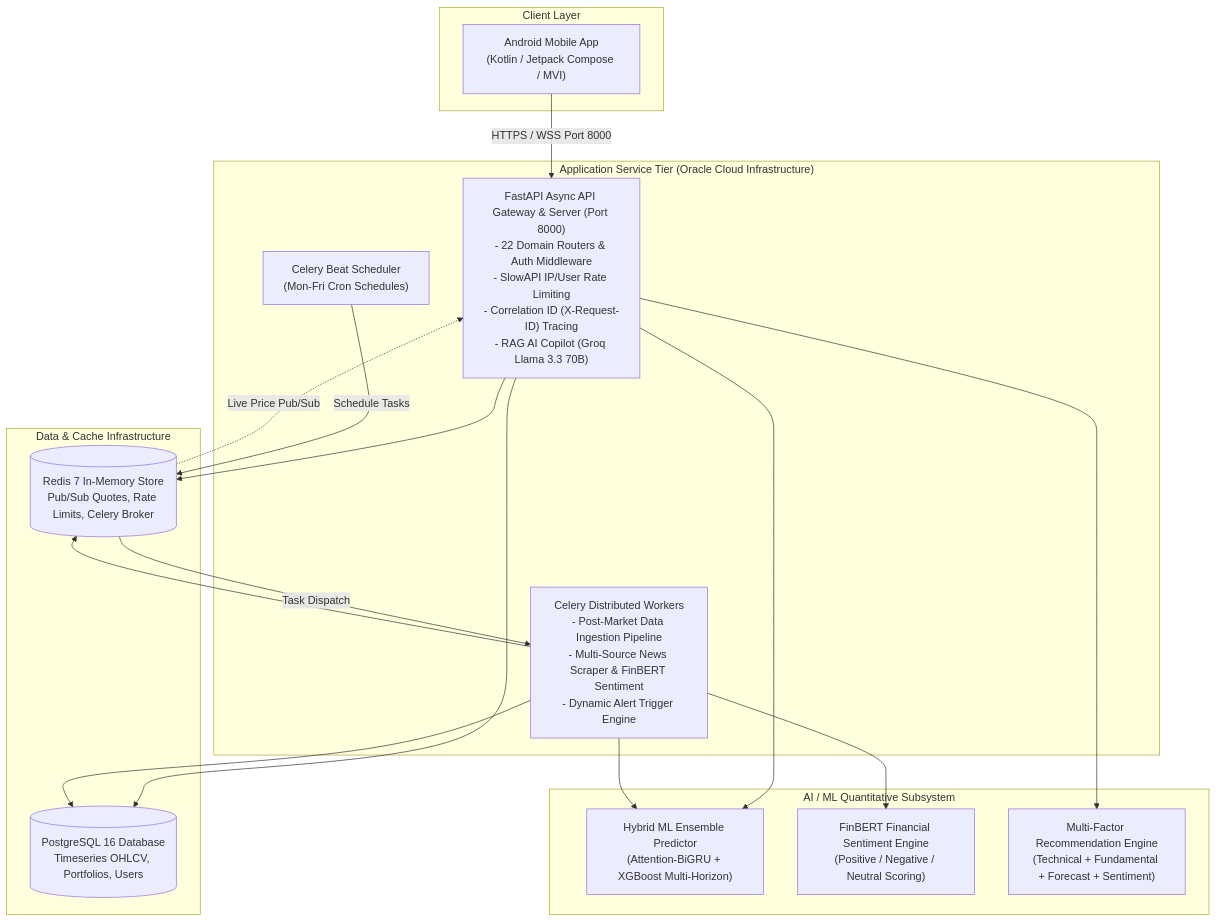
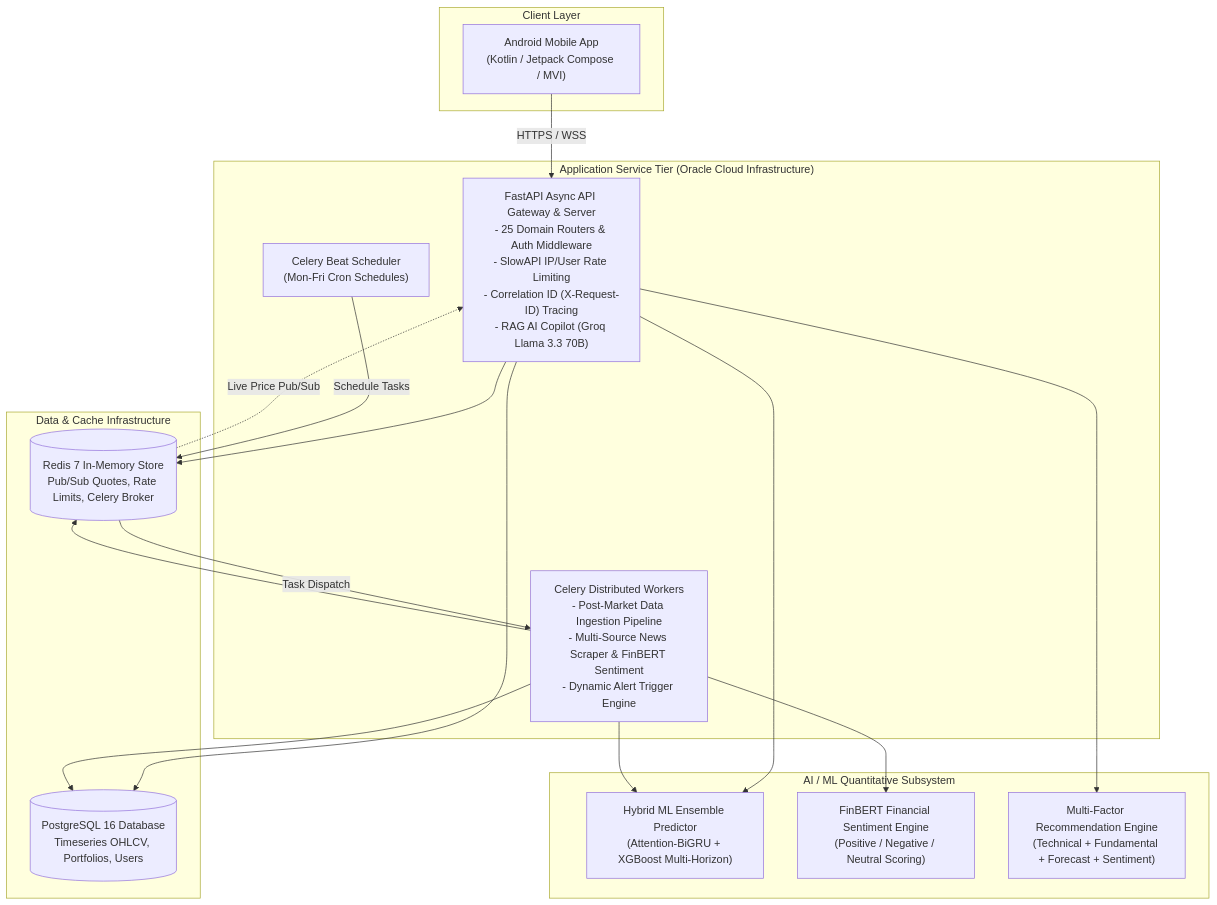
The diagram in README.md (iahmedd-k/Basarat-fyp-official), drawn with Mermaid before and after one commit. The commit also changed other lines of this file and 333 other files, not shown here.

````diff
--- a/README.md
+++ b/README.md
@@ -29,36 +29,36 @@
 ```mermaid
 flowchart TD
     subgraph ClientLayer ["Client Layer"]
         ANDROID["Android Mobile App<br/>(Kotlin / Jetpack Compose / MVI)"]
     end
 
     subgraph ServiceFleet ["Application Service Tier (Oracle Cloud Infrastructure)"]
-        FASTAPI["FastAPI Async API Gateway & Server (Port 8000)<br/>- 22 Domain Routers & Auth Middleware<br/>- SlowAPI IP/User Rate Limiting<br/>- Correlation ID (X-Request-ID) Tracing<br/>- RAG AI Copilot (Groq Llama 3.3 70B)"]
+        FASTAPI["FastAPI Async API Gateway & Server<br/>- 25 Domain Routers & Auth Middleware<br/>- SlowAPI IP/User Rate Limiting<br/>- Correlation ID (X-Request-ID) Tracing<br/>- RAG AI Copilot (Groq Llama 3.3 70B)"]
         CELERY_W["Celery Distributed Workers<br/>- Post-Market Data Ingestion Pipeline<br/>- Multi-Source News Scraper & FinBERT Sentiment<br/>- Dynamic Alert Trigger Engine"]
         CELERY_B["Celery Beat Scheduler<br/>(Mon-Fri Cron Schedules)"]
     end
 
     subgraph MLSubsystem ["AI / ML Quantitative Subsystem"]
         GRU_XGB["Hybrid ML Ensemble Predictor<br/>(Attention-BiGRU + XGBoost Multi-Horizon)"]
         FINBERT["FinBERT Financial Sentiment Engine<br/>(Positive / Negative / Neutral Scoring)"]
         QUANT["Multi-Factor Recommendation Engine<br/>(Technical + Fundamental + Forecast + Sentiment)"]
     end
 
     subgraph PersistenceTier ["Data & Cache Infrastructure"]
         POSTGRES[("PostgreSQL 16 Database<br/>Timeseries OHLCV, Portfolios, Users")]
         REDIS[("Redis 7 In-Memory Store<br/>Pub/Sub Quotes, Rate Limits, Celery Broker")]
     end
 
-    ANDROID -->|HTTPS / WSS Port 8000| FASTAPI
+    ANDROID -->|HTTPS / WSS| FASTAPI
     FASTAPI --> GRU_XGB
     FASTAPI --> QUANT
     FASTAPI --> POSTGRES
     FASTAPI --> REDIS
     CELERY_B -->|Schedule Tasks| REDIS
     REDIS -->|Task Dispatch| CELERY_W
     CELERY_W --> GRU_XGB
     CELERY_W --> FINBERT
     CELERY_W --> POSTGRES
     CELERY_W --> REDIS
     REDIS -.->|Live Price Pub/Sub| FASTAPI
 ```
````
